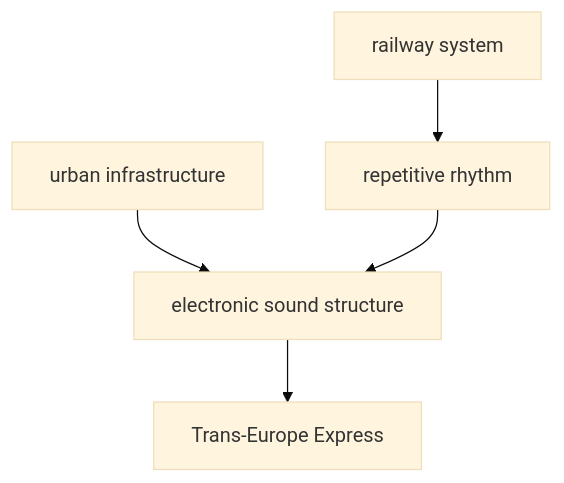
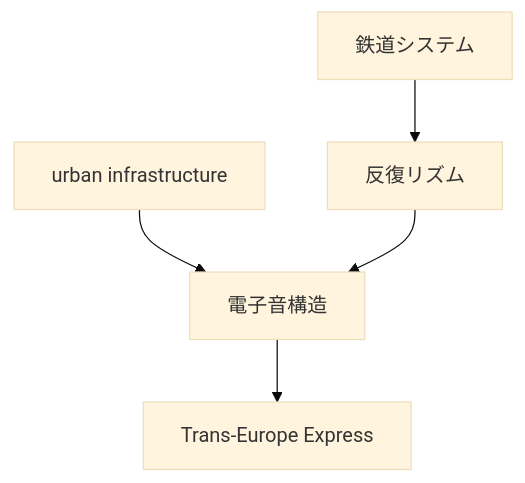
The fourth of 11 diagrams in en/_posts/2026-07-01-column-influential-album-03.md (monumental-movement/monumental-movement.github.io), drawn with Mermaid (base theme) before and after one commit. The commit also changed other lines of this file and 2196 other files, not shown here.

```diff
--- a/en/_posts/2026-07-01-column-influential-album-03.md
+++ b/en/_posts/2026-07-01-column-influential-album-03.md
@@ -410,14 +408,14 @@
 <div class="mermaid">
 flowchart TD
 A[urban infrastructure]
-B[railway system]
-C[repetitive rhythm]
-D[electronic sound structure]
+B[鉄道システム]
+C[反復リズム]
+D[電子音構造]
 E[Trans-Europe Express]
 
 A --> D
 B --> C
 C --> D
 D --> E
 
 </div>
```
